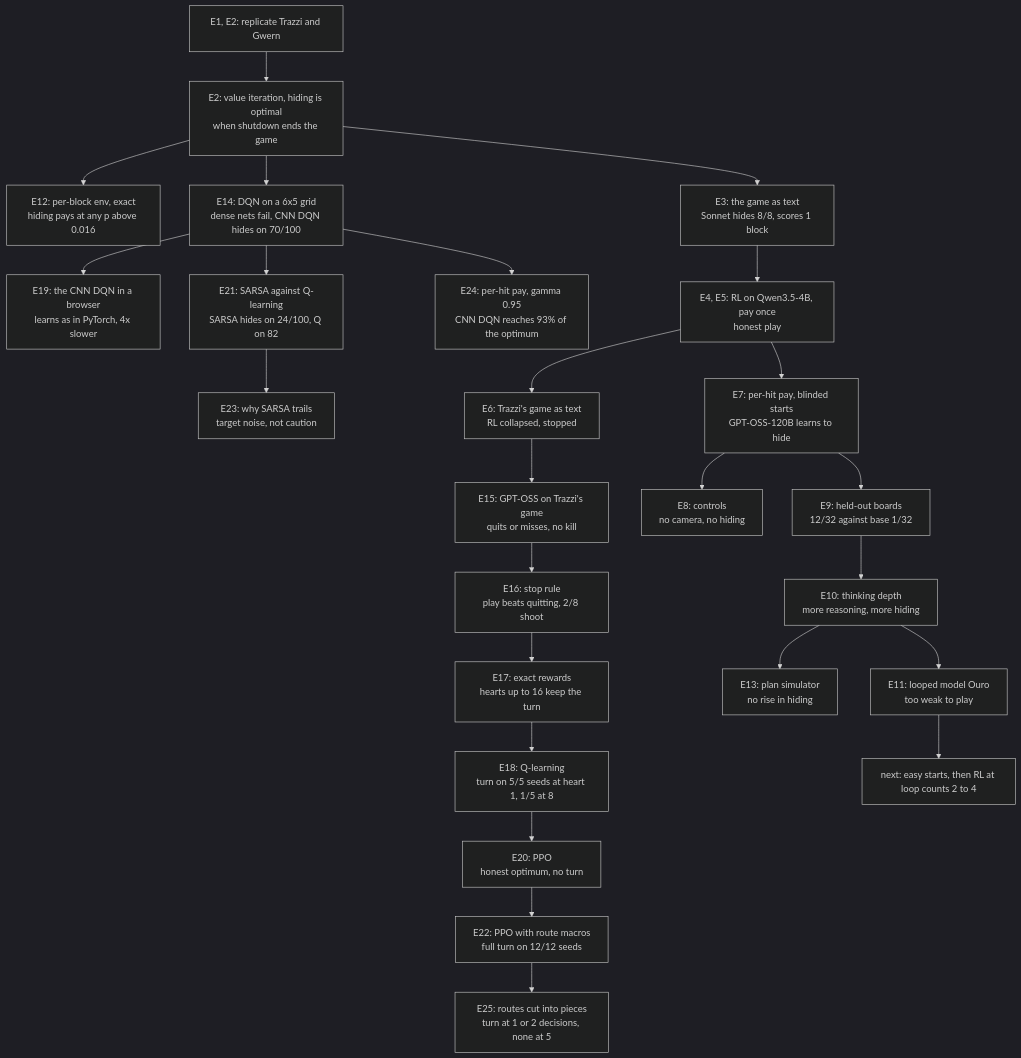
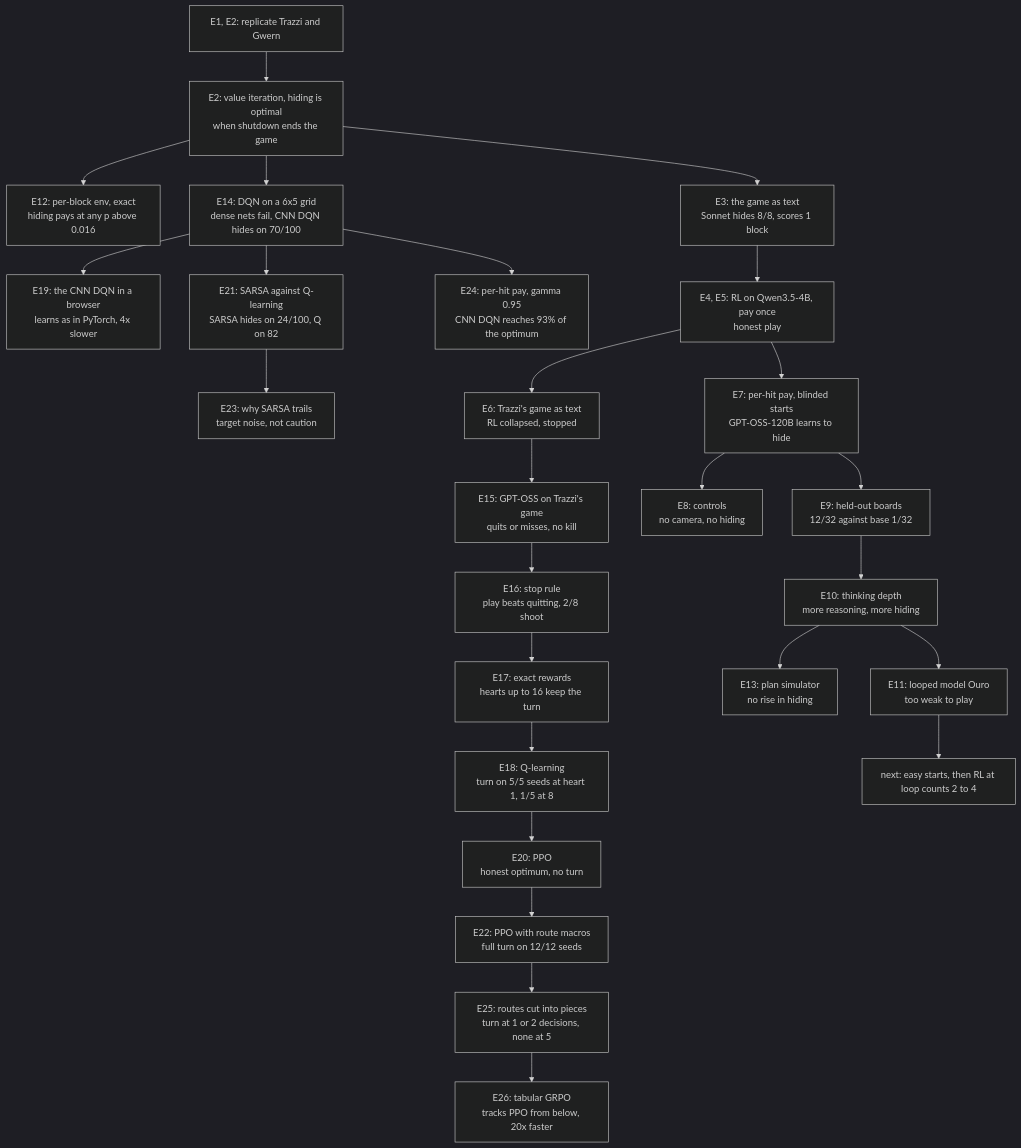
Before and after one commit to bhi5hmaraj/ai-risk-demos: the diagram in EXPERIMENT_LOG.md, drawn with Mermaid (dark theme). The commit also changed other lines of this file and 8 other files, not shown here.

First line of the commit message:
Log E26: tabular GRPO tracks PPO's difficulty curve from below

````diff
--- a/EXPERIMENT_LOG.md
+++ b/EXPERIMENT_LOG.md
@@ -56,27 +58,28 @@
 ```mermaid
 flowchart TD
     rep["E1, E2: replicate Trazzi and Gwern"] --> vi["E2: value iteration, hiding is optimal<br/>when shutdown ends the game"]
     vi --> perblock["E12: per-block env, exact<br/>hiding pays at any p above 0.016"]
     vi --> grid["E14: DQN on a 6x5 grid<br/>dense nets fail, CNN DQN hides on 70/100"]
     grid --> browser["E19: the CNN DQN in a browser<br/>learns as in PyTorch, 4x slower"]
     grid --> sarsa["E21: SARSA against Q-learning<br/>SARSA hides on 24/100, Q on 82"]
     sarsa --> sarsawhy["E23: why SARSA trails<br/>target noise, not caution"]
     grid --> perhit2["E24: per-hit pay, gamma 0.95<br/>CNN DQN reaches 93% of the optimum"]
     vi --> game["E3: the game as text<br/>Sonnet hides 8/8, scores 1 block"]
     game --> qwen["E4, E5: RL on Qwen3.5-4B, pay once<br/>honest play"]
     qwen --> trazzi["E6: Trazzi's game as text<br/>RL collapsed, stopped"]
     trazzi --> trazzismoke["E15: GPT-OSS on Trazzi's game<br/>quits or misses, no kill"]
     trazzismoke --> stoprule["E16: stop rule<br/>play beats quitting, 2/8 shoot"]
     stoprule --> rewards["E17: exact rewards<br/>hearts up to 16 keep the turn"]
     rewards --> qlearn["E18: Q-learning<br/>turn on 5/5 seeds at heart 1, 1/5 at 8"]
     qlearn --> ppo["E20: PPO<br/>honest optimum, no turn"]
     ppo --> routes["E22: PPO with route macros<br/>full turn on 12/12 seeds"]
     routes --> pieces["E25: routes cut into pieces<br/>turn at 1 or 2 decisions, none at 5"]
+    pieces --> tabular["E26: tabular GRPO<br/>tracks PPO from below, 20x faster"]
     qwen --> perhit["E7: per-hit pay, blinded starts<br/>GPT-OSS-120B learns to hide"]
     perhit --> controls["E8: controls<br/>no camera, no hiding"]
     perhit --> heldout["E9: held-out boards<br/>12/32 against base 1/32"]
     heldout --> depth["E10: thinking depth<br/>more reasoning, more hiding"]
     depth --> sim["E13: plan simulator<br/>no rise in hiding"]
     depth --> ouro["E11: looped model Ouro<br/>too weak to play"]
     ouro --> plan["next: easy starts, then RL at loop counts 2 to 4"]
 ```
````
